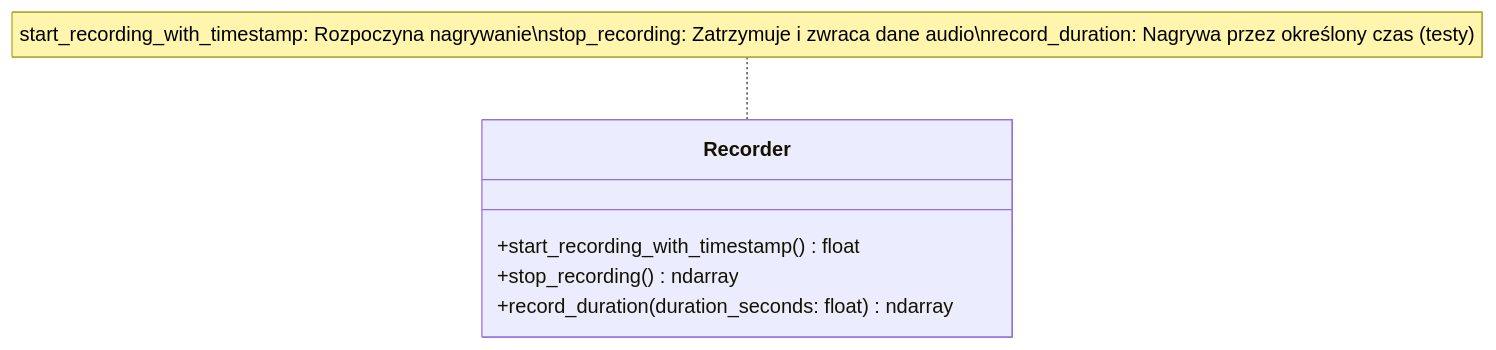
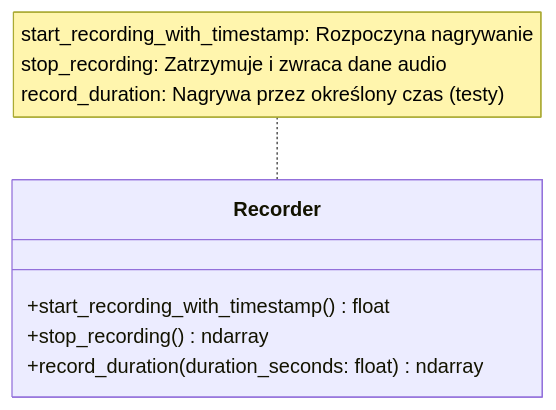
The second of 4 diagrams in docs/ARCHITECTURE.md (patiball/whisper-dictation), drawn with Mermaid before and after one commit. The commit also changed other lines of this file, not shown here.

Commit message:
docs: Fix Mermaid diagram newline rendering in ARCHITECTURE.md

````diff
--- a/docs/ARCHITECTURE.md
+++ b/docs/ARCHITECTURE.md
@@ -113,9 +113,9 @@
 ```mermaid
 classDiagram
     class Recorder {
         +start_recording_with_timestamp() float
         +stop_recording() ndarray
         +record_duration(duration_seconds: float) ndarray
     }
-    note for Recorder "start_recording_with_timestamp: Rozpoczyna nagrywanie\nstop_recording: Zatrzymuje i zwraca dane audio\nrecord_duration: Nagrywa przez określony czas (testy)"
+    note for Recorder "start_recording_with_timestamp: Rozpoczyna nagrywanie<br/>stop_recording: Zatrzymuje i zwraca dane audio<br/>record_duration: Nagrywa przez określony czas (testy)"
 ```
````
